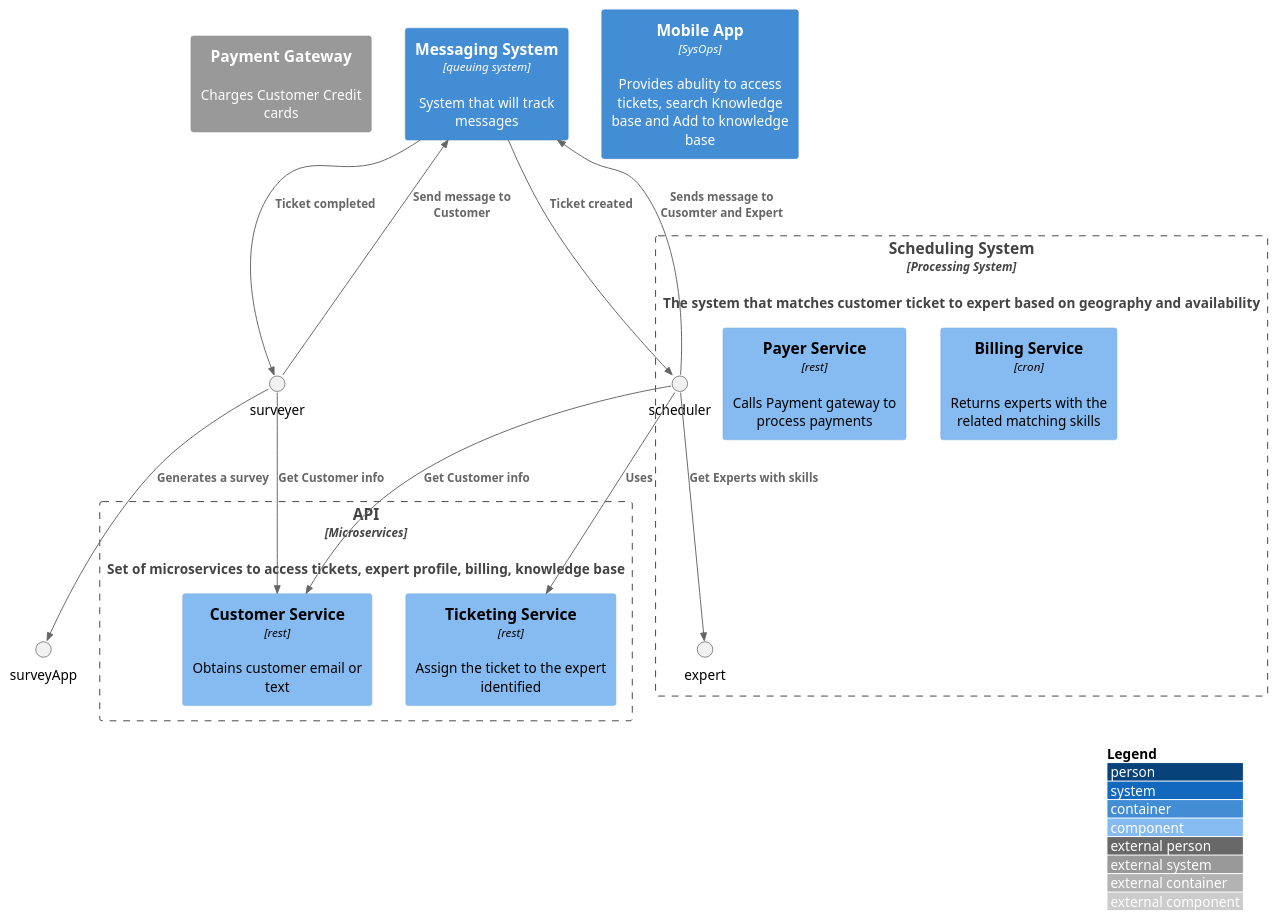
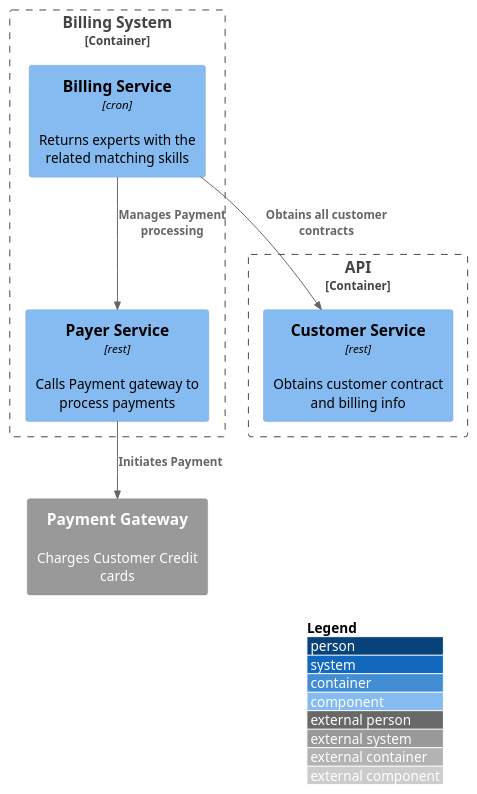
One commit to architectonics/sysopssquad changed the diagram in src/1 Sysops Squad/Billing System/container.puml. Above: the diagram before and after it, drawn with PlantUML. The commit also changed 17 other files, not shown here.

Commit message:
Added Billing Mobile and other changes

```diff
--- a/src/1 Sysops Squad/Billing System/container.puml
+++ b/src/1 Sysops Squad/Billing System/container.puml
@@ -1,39 +1,26 @@
 @startuml
 !include https://raw.githubusercontent.com/adrianvlupu/C4-PlantUML/latest/C4_Component.puml
 
 LAYOUT_WITH_LEGEND()
 
 
-
 System_Ext(payment, "Payment Gateway", "Charges Customer Credit cards")
 
-Container(ms, "Messaging System", "queuing system", "System that will track messages")
-Container(ma, "Mobile App", "SysOps", "Provides abulity to access tickets, search Knowledge base and Add to knowledge base")
-Container(api, "API", "Microservices", "Set of microservices to access tickets, expert profile, billing, knowledge base")
-Container(scs, "Scheduling System", "Processing System", "The system that matches customer ticket to expert based on geography and availability")
 
 Container_Boundary(api, "API"){
-
-    Component(ticketsys, "Ticketing Service", "rest", "Assign the ticket to the expert identified")
-    Component(customer, "Customer Service", "rest", "Obtains customer email or text")
+    Component(customer, "Customer Service", "rest", "Obtains customer contract and billing info")
 
 }
 
 Container_Boundary(scs, "Billing System") {
     Component(biller, "Billing Service", "cron", "Returns experts with the related matching skills")
     Component(payer, "Payer Service", "rest", "Calls Payment gateway to process payments")
 
-    Rel(scheduler, ticketsys, "Uses")
-    Rel(scheduler, expert, "Get Experts with skills")
-    Rel(scheduler, ms, "Sends message to Cusomter and Expert")
+    Rel(biller, customer, "Obtains all customer contracts")
+    Rel(biller, payer, "Manages Payment processing")
     
 }
 
-Rel(ms, scheduler, "Ticket created")
-Rel(ms, surveyer, "Ticket completed")
-Rel(surveyer, surveyApp, "Generates a survey")
-Rel(surveyer, ms, "Send message to Customer")
-Rel(surveyer, customer, "Get Customer info")
-Rel(scheduler, customer, "Get Customer info")
+Rel(payer, payment, "Initiates Payment")
 
 @enduml
```
